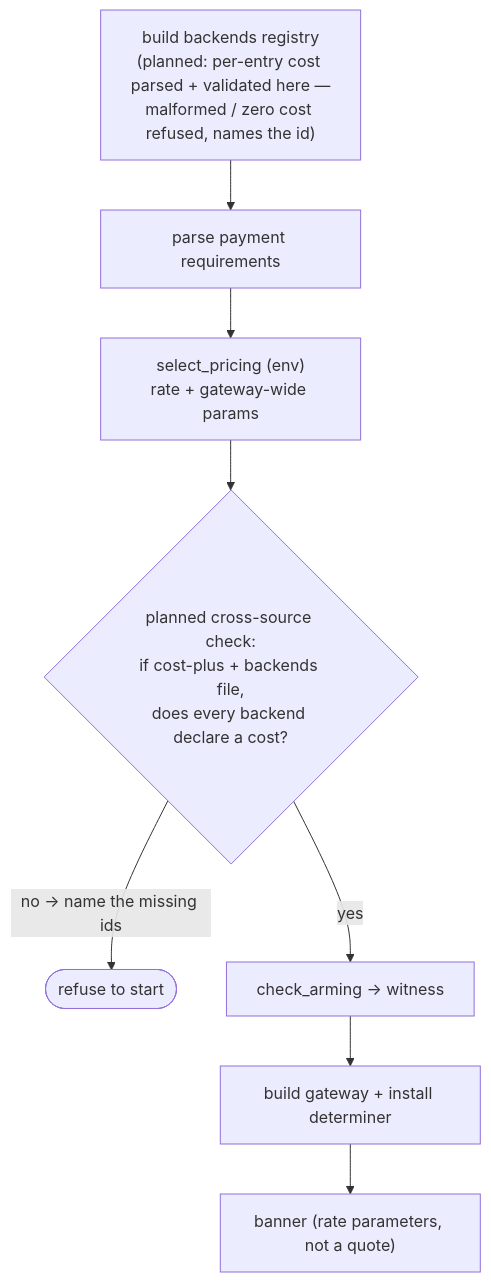
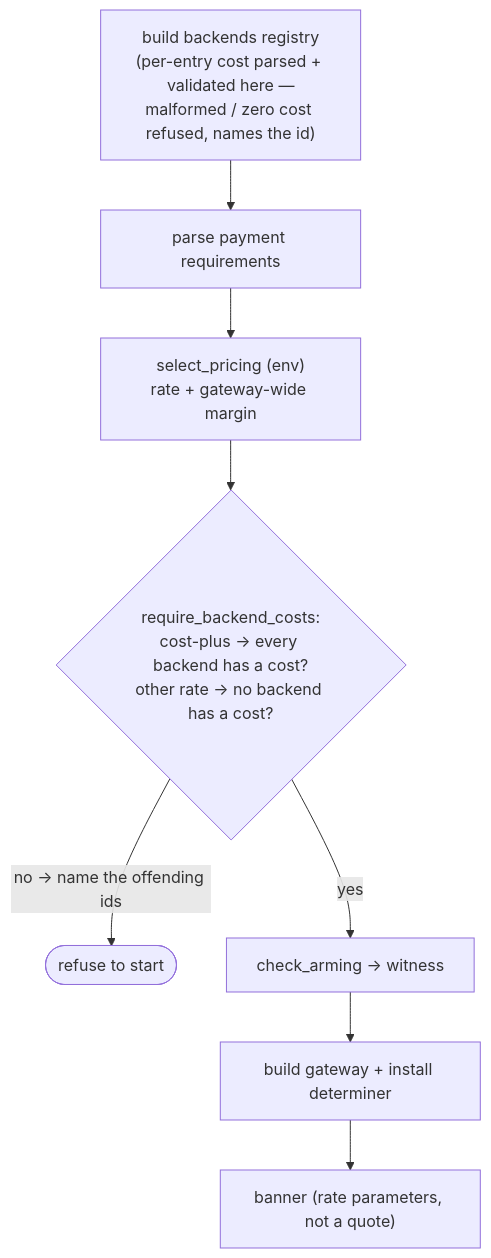
The second of 2 diagrams in docs/pricing.md (geekinasuit/obolus), drawn with Mermaid before and after one commit. The commit also changed other lines of this file and 8 other files, not shown here.

First line of the commit message:
Cost-plus pricing reads each backend's declared cost (#66)

````diff
--- a/docs/pricing.md
+++ b/docs/pricing.md
@@ -239,10 +251,10 @@
 ```mermaid
 flowchart TB
-  be["build backends registry<br/>(planned: per-entry cost parsed + validated here —<br/>malformed / zero cost refused, names the id)"] --> reqs["parse payment requirements"]
-  reqs --> sel["select_pricing (env)<br/>rate + gateway-wide params"]
-  sel --> cov{"planned cross-source check:<br/>if cost-plus + backends file,<br/>does every backend declare a cost?"}
-  cov -->|"no → name the missing ids"| refuse(["refuse to start"])
+  be["build backends registry<br/>(per-entry cost parsed + validated here —<br/>malformed / zero cost refused, names the id)"] --> reqs["parse payment requirements"]
+  reqs --> sel["select_pricing (env)<br/>rate + gateway-wide margin"]
+  sel --> cov{"require_backend_costs:<br/>cost-plus → every backend has a cost?<br/>other rate → no backend has a cost?"}
+  cov -->|"no → name the offending ids"| refuse(["refuse to start"])
   cov -->|"yes"| arm["check_arming → witness"]
   arm --> gw["build gateway + install determiner"]
   gw --> banner["banner (rate parameters, not a quote)"]
 ```
````
